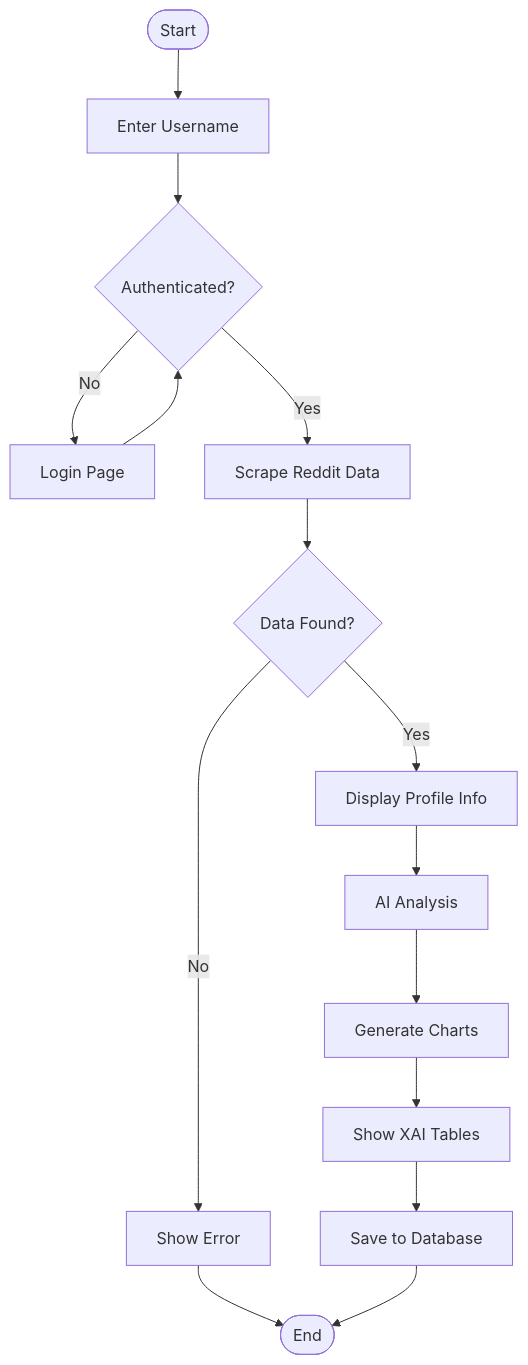
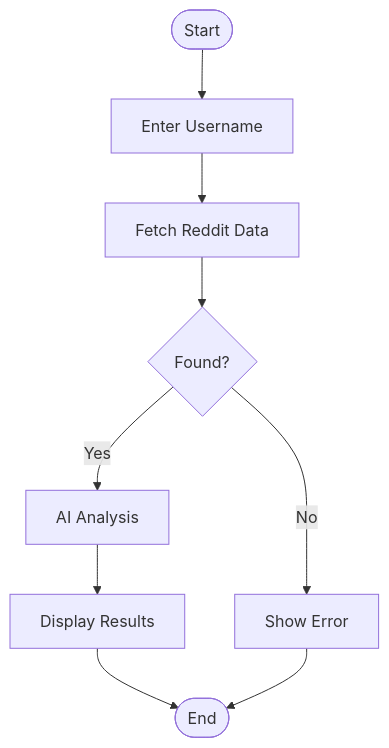
The first of 3 diagrams in diagrams/activity-diagram.md (Andy-Alferdo/reddit-sleuth-forensics-web), drawn with Mermaid before and after one commit. The commit also changed other lines of this file and 4 other files, not shown here.

````diff
--- a/diagrams/activity-diagram.md
+++ b/diagrams/activity-diagram.md
@@ -5,19 +5,11 @@
 ```mermaid
 flowchart TD
     Start([Start]) --> Input[Enter Username]
-    Input --> Auth{Authenticated?}
-    Auth -->|No| Login[Login Page]
-    Login --> Auth
-    Auth -->|Yes| Scrape[Scrape Reddit Data]
-    
-    Scrape --> Check{Data Found?}
+    Input --> Fetch[Fetch Reddit Data]
+    Fetch --> Check{Found?}
     Check -->|No| Error[Show Error]
-    Error --> End([End])
-    
-    Check -->|Yes| Display[Display Profile Info]
-    Display --> Analyze[AI Analysis]
-    Analyze --> Charts[Generate Charts]
-    Charts --> Tables[Show XAI Tables]
-    Tables --> Save[Save to Database]
-    Save --> End
+    Check -->|Yes| Analyze[AI Analysis]
+    Analyze --> Display[Display Results]
+    Display --> End([End])
+    Error --> End
 ```
````
